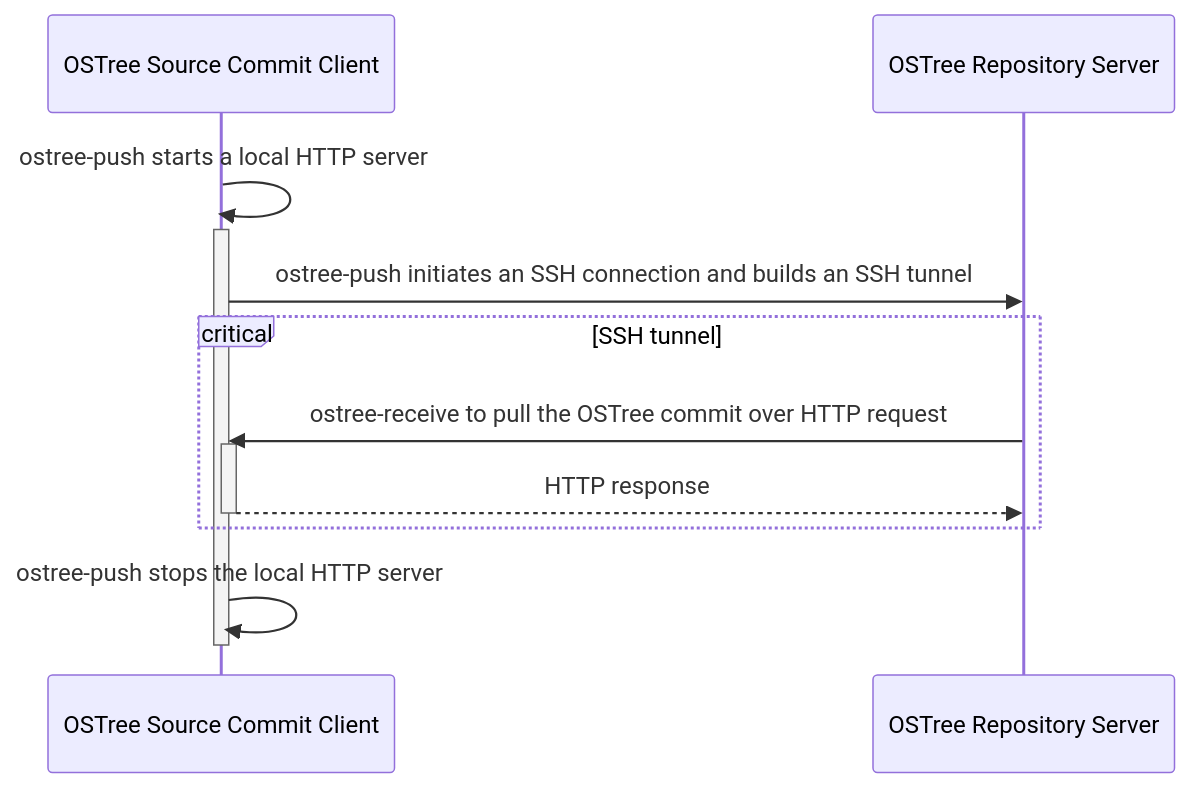
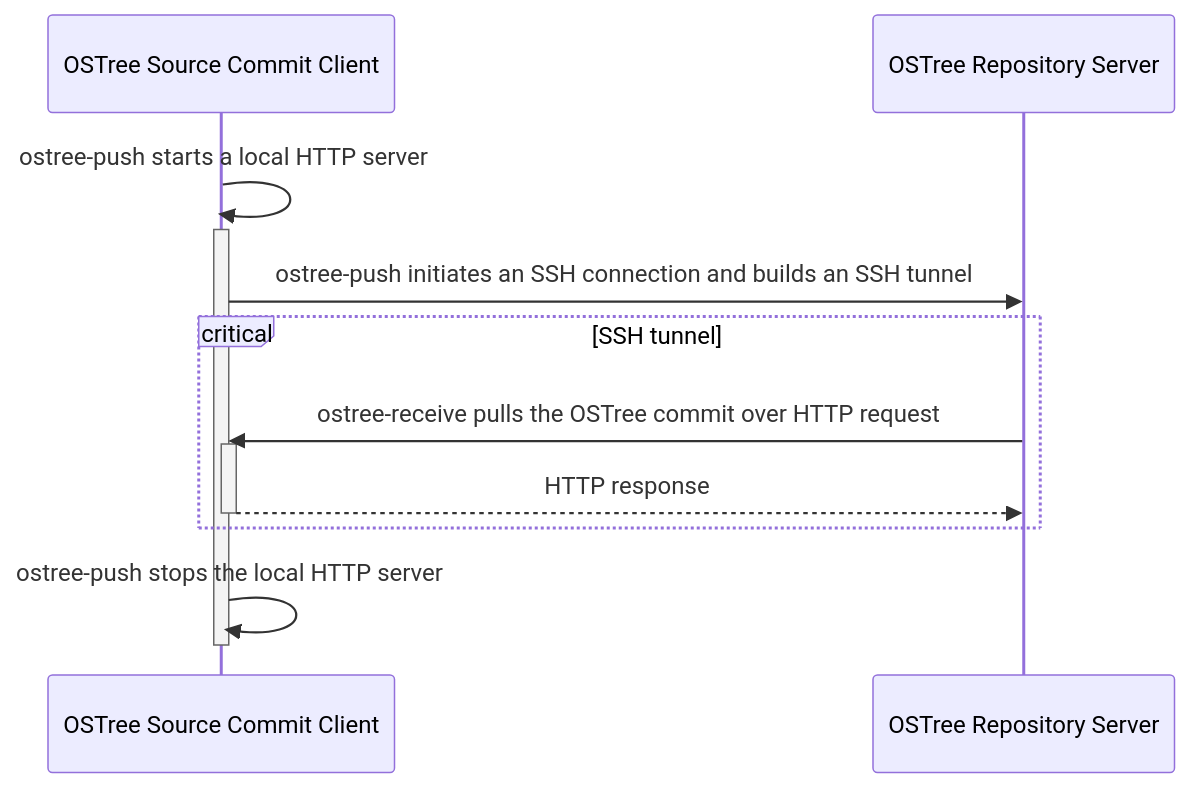
One commit to starnight/ostree-build-fs changed the second of 2 diagrams in README.md. Above: the diagram before and after it, drawn with Mermaid.

Commit message:
README: Fix typo in ostree-push's sequence diagram

````diff
--- a/README.md
+++ b/README.md
@@ -71,12 +71,12 @@
 ```mermaid
 sequenceDiagram
   participant srccommit as OSTree Source Commit Client
   participant ostreeserver as OSTree Repository Server
   srccommit->>+srccommit: ostree-push starts a local HTTP server
   srccommit->>ostreeserver: ostree-push initiates an SSH connection and builds an SSH tunnel
   critical SSH tunnel
-    ostreeserver->>+srccommit: ostree-receive to pull the OSTree commit over HTTP request
+    ostreeserver->>+srccommit: ostree-receive pulls the OSTree commit over HTTP request
     srccommit-->>-ostreeserver: HTTP response
   end
   srccommit->>-srccommit: ostree-push stops the local HTTP server
 ```
````
